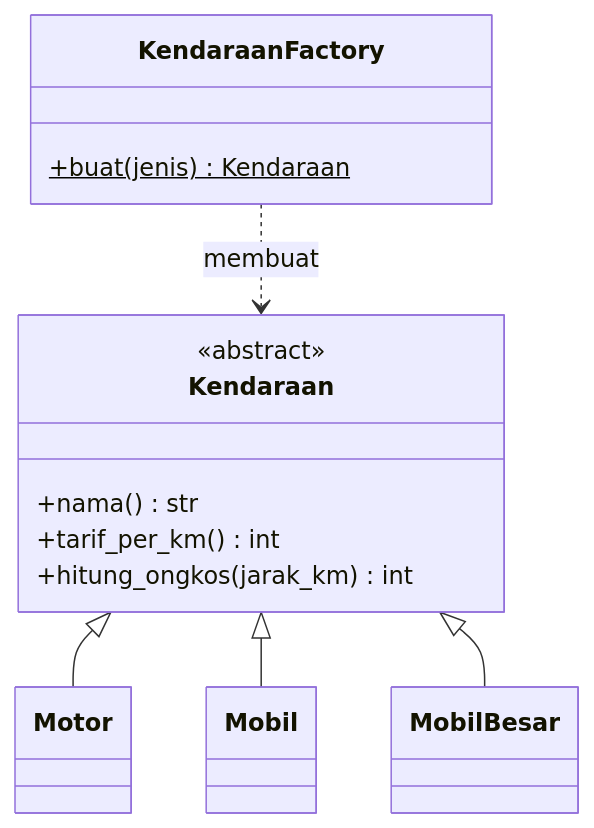
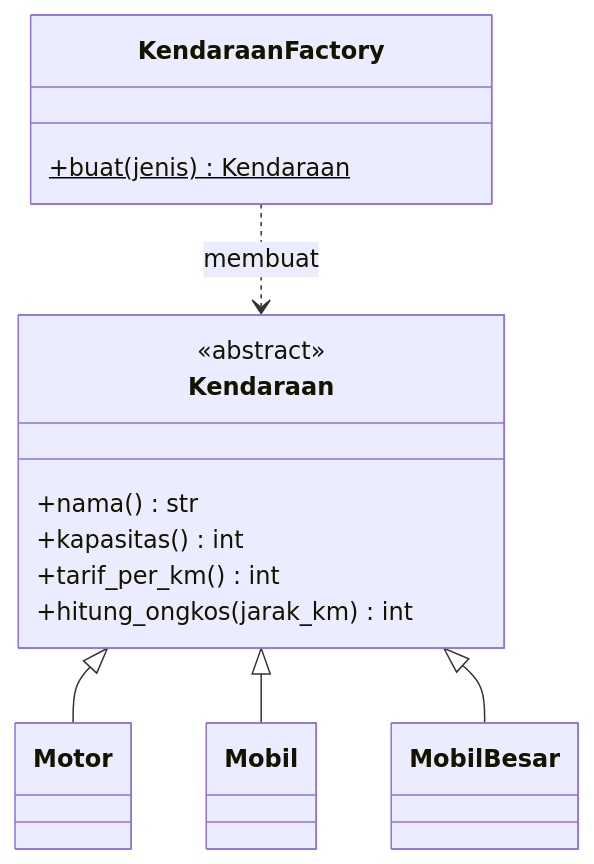
Before and after one commit to antonprafanto/PBO2026: the second of 7 diagrams in Pertemuan-14-Design-Pattern/README.md, drawn with Mermaid. The commit also changed other lines of this file and 291 other files, not shown here.

````diff
--- a/Pertemuan-14-Design-Pattern/README.md
+++ b/Pertemuan-14-Design-Pattern/README.md
@@ -220,16 +220,17 @@
 ```mermaid
 classDiagram
     class KendaraanFactory {
         +buat(jenis)$ Kendaraan
     }
     class Kendaraan {
         <<abstract>>
         +nama() str
+        +kapasitas() int
         +tarif_per_km() int
         +hitung_ongkos(jarak_km) int
     }
     Kendaraan <|-- Motor
     Kendaraan <|-- Mobil
     Kendaraan <|-- MobilBesar
     KendaraanFactory ..> Kendaraan : membuat
 ```
````
